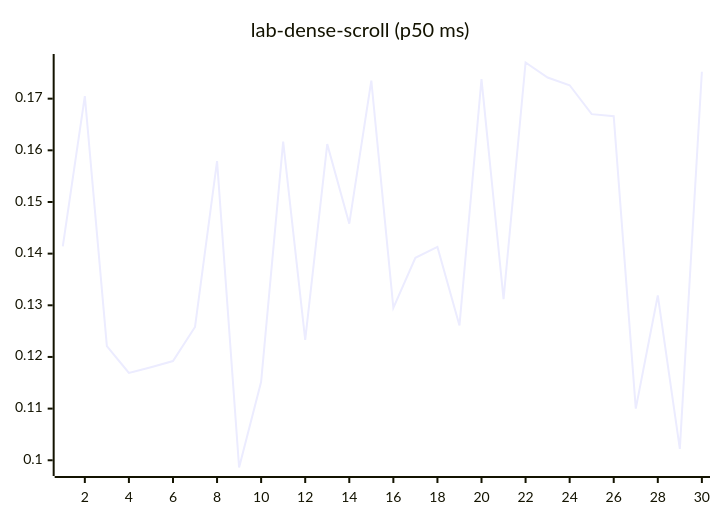
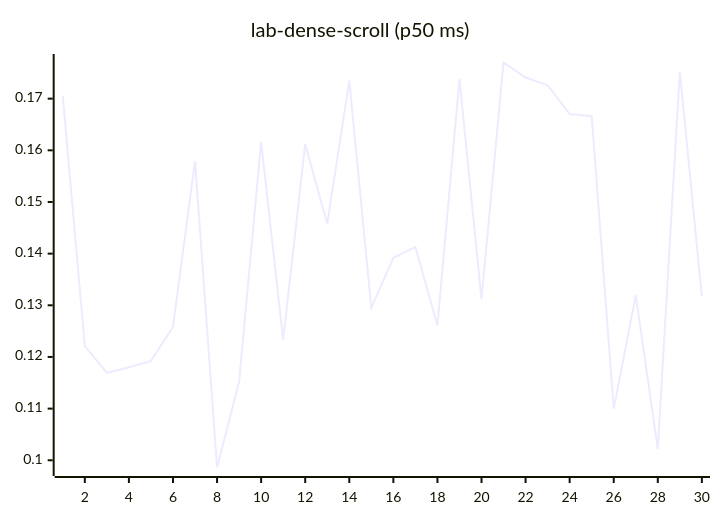
One commit to josha/Facet changed diagram 12 of 27 in README.md. Above: the diagram before and after it, drawn with Mermaid. The commit also changed other lines of this file and 2 other files, not shown here.

````diff
--- a/README.md
+++ b/README.md
@@ -140,6 +140,6 @@
 ```mermaid
 xychart-beta
     title "lab-dense-scroll (p50 ms)"
     x-axis 1 --> 30
-    line [0.1414, 0.1705, 0.1221, 0.1169, 0.1180, 0.1192, 0.1258, 0.1579, 0.0986, 0.1152, 0.1617, 0.1233, 0.1612, 0.1458, 0.1735, 0.1295, 0.1392, 0.1413, 0.1261, 0.1738, 0.1312, 0.1770, 0.1741, 0.1726, 0.1670, 0.1666, 0.1100, 0.1319, 0.1022, 0.1752]
+    line [0.1705, 0.1221, 0.1169, 0.1180, 0.1192, 0.1258, 0.1579, 0.0986, 0.1152, 0.1617, 0.1233, 0.1612, 0.1458, 0.1735, 0.1295, 0.1392, 0.1413, 0.1261, 0.1738, 0.1312, 0.1770, 0.1741, 0.1726, 0.1670, 0.1666, 0.1100, 0.1319, 0.1022, 0.1752, 0.1317]
 ```
````
